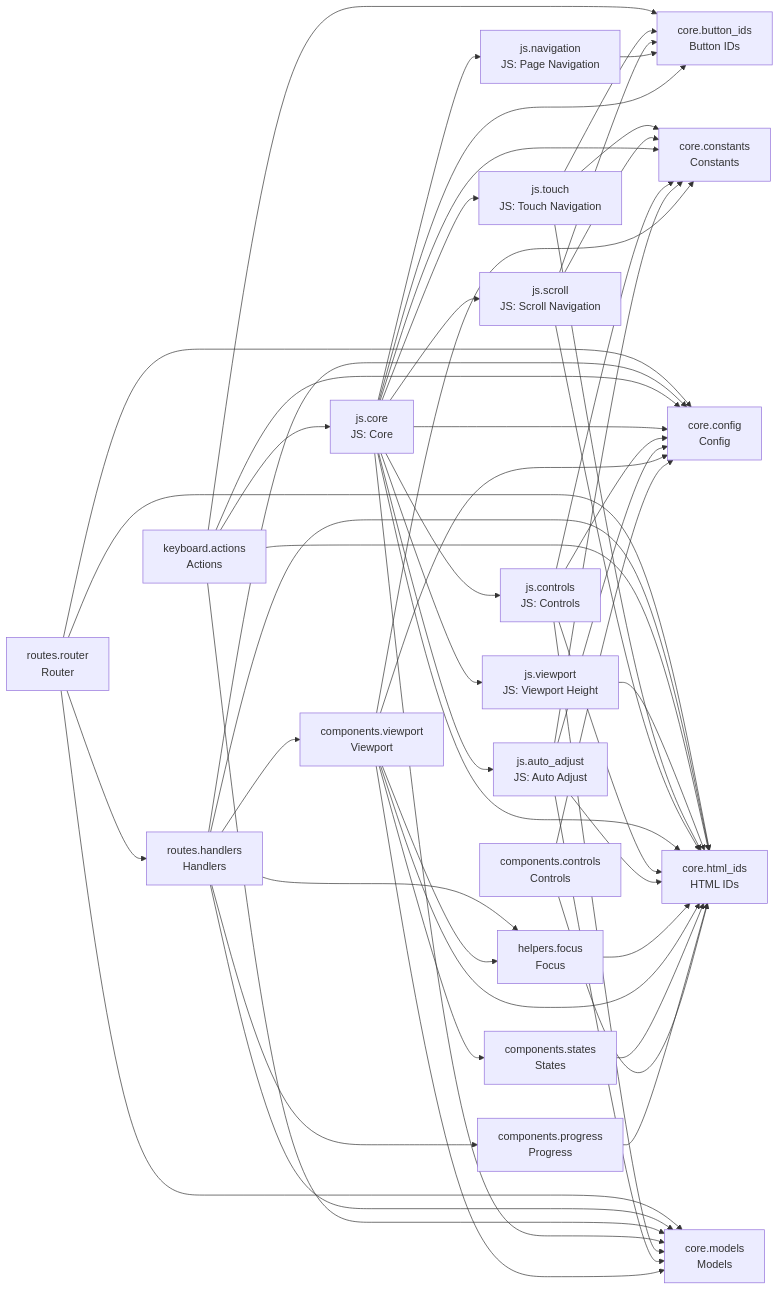
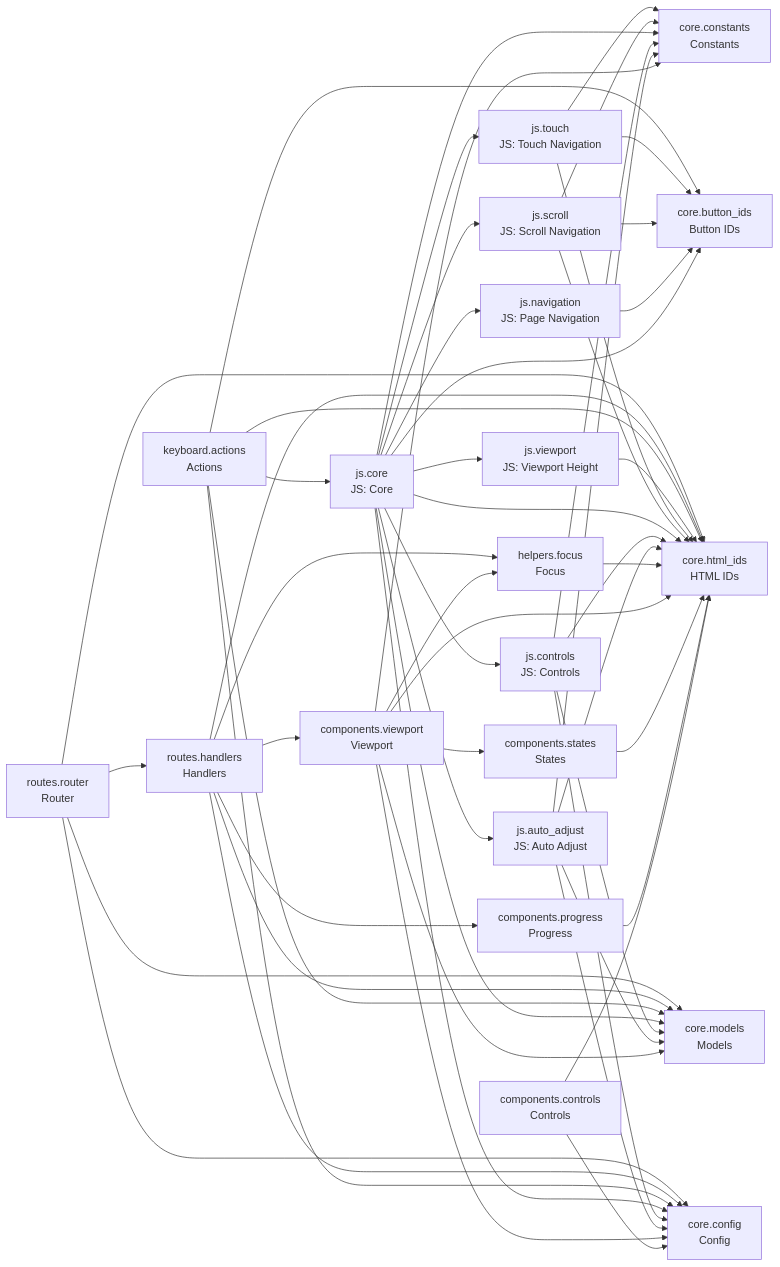
One commit to cj-mills/cjm-fasthtml-card-stack changed the diagram in README.md. Above: the diagram before and after it, drawn with Mermaid. The commit also changed other lines of this file and 17 other files, not shown here.

````diff
--- a/README.md
+++ b/README.md
@@ -46,77 +46,77 @@
 ``` mermaid
 graph LR
     components_controls[components.controls<br/>Controls]
     components_progress[components.progress<br/>Progress]
     components_states[components.states<br/>States]
     components_viewport[components.viewport<br/>Viewport]
     core_button_ids[core.button_ids<br/>Button IDs]
     core_config[core.config<br/>Config]
     core_constants[core.constants<br/>Constants]
     core_html_ids[core.html_ids<br/>HTML IDs]
     core_models[core.models<br/>Models]
     helpers_focus[helpers.focus<br/>Focus]
     js_auto_adjust[js.auto_adjust<br/>JS: Auto Adjust]
     js_controls[js.controls<br/>JS: Controls]
     js_core[js.core<br/>JS: Core]
     js_navigation[js.navigation<br/>JS: Page Navigation]
     js_scroll[js.scroll<br/>JS: Scroll Navigation]
     js_touch[js.touch<br/>JS: Touch Navigation]
     js_viewport[js.viewport<br/>JS: Viewport Height]
     keyboard_actions[keyboard.actions<br/>Actions]
     routes_handlers[routes.handlers<br/>Handlers]
     routes_router[routes.router<br/>Router]
 
     components_controls --> core_html_ids
     components_controls --> core_config
     components_progress --> core_html_ids
     components_states --> core_html_ids
+    components_viewport --> components_states
+    components_viewport --> helpers_focus
     components_viewport --> core_html_ids
-    components_viewport --> core_constants
     components_viewport --> core_models
     components_viewport --> core_config
-    components_viewport --> components_states
-    components_viewport --> helpers_focus
+    components_viewport --> core_constants
     helpers_focus --> core_html_ids
     js_auto_adjust --> core_html_ids
-    js_auto_adjust --> core_config
     js_auto_adjust --> core_constants
     js_auto_adjust --> core_models
+    js_auto_adjust --> core_config
     js_controls --> core_constants
     js_controls --> core_html_ids
+    js_controls --> core_models
     js_controls --> core_config
-    js_controls --> core_models
+    js_core --> js_touch
+    js_core --> core_constants
+    js_core --> js_controls
     js_core --> core_html_ids
-    js_core --> core_constants
+    js_core --> js_viewport
+    js_core --> core_models
+    js_core --> js_scroll
     js_core --> core_button_ids
+    js_core --> js_auto_adjust
+    js_core --> js_navigation
     js_core --> core_config
-    js_core --> js_viewport
-    js_core --> js_controls
-    js_core --> js_navigation
-    js_core --> js_scroll
-    js_core --> js_touch
-    js_core --> core_models
-    js_core --> js_auto_adjust
     js_navigation --> core_button_ids
     js_scroll --> core_constants
     js_scroll --> core_html_ids
     js_scroll --> core_button_ids
     js_touch --> core_constants
     js_touch --> core_html_ids
     js_touch --> core_button_ids
     js_viewport --> core_html_ids
+    keyboard_actions --> js_core
     keyboard_actions --> core_html_ids
+    keyboard_actions --> core_models
     keyboard_actions --> core_button_ids
     keyboard_actions --> core_config
-    keyboard_actions --> js_core
-    keyboard_actions --> core_models
+    routes_handlers --> components_viewport
     routes_handlers --> core_html_ids
     routes_handlers --> core_models
+    routes_handlers --> helpers_focus
     routes_handlers --> core_config
-    routes_handlers --> helpers_focus
-    routes_handlers --> components_viewport
     routes_handlers --> components_progress
     routes_router --> core_html_ids
+    routes_router --> core_models
     routes_router --> routes_handlers
-    routes_router --> core_models
     routes_router --> core_config
 ```
````
